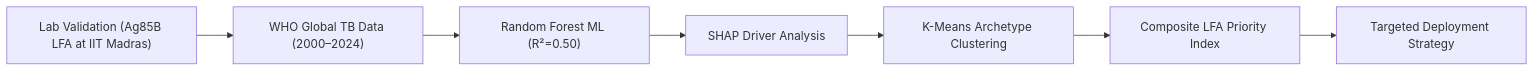
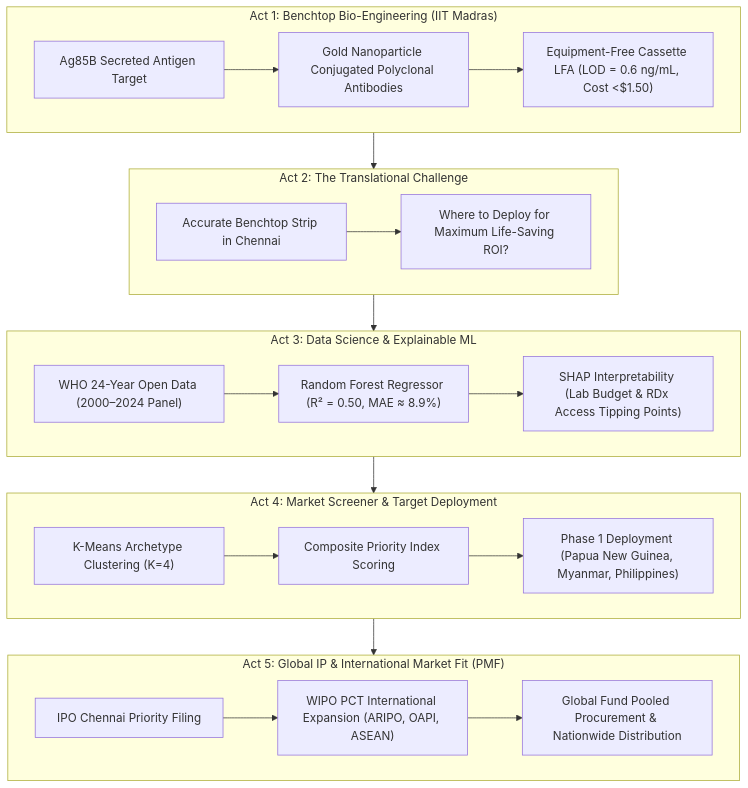
One commit to Mathedu-pandian/tb-diagnostic-gap-analysis changed the diagram in README.md. Above: the diagram before and after it, drawn with Mermaid. The commit also changed other lines of this file, not shown here.

Commit message:
docs: expand README.md with comprehensive Problem Statement and 5-Act Translational Follow-Up Story

````diff
--- a/README.md
+++ b/README.md
@@ -33,9 +44,31 @@
 ```mermaid
-graph LR
-    A["Lab Validation (Ag85B LFA at IIT Madras)"] --> B["WHO Global TB Data (2000–2024)"]
-    B --> C["Random Forest ML (R²=0.50)"]
-    C --> D["SHAP Driver Analysis"]
-    D --> E["K-Means Archetype Clustering"]
-    E --> F["Composite LFA Priority Index"]
-    F --> G["Targeted Deployment Strategy"]
+graph TD
+    subgraph Act1["Act 1: Benchtop Bio-Engineering (IIT Madras)"]
+        A1["Ag85B Secreted Antigen Target"] --> A2["Gold Nanoparticle Conjugated Polyclonal Antibodies"]
+        A2 --> A3["Equipment-Free Cassette LFA (LOD = 0.6 ng/mL, Cost <$1.50)"]
+    end
+
+    subgraph Act2["Act 2: The Translational Challenge"]
+        B1["Accurate Benchtop Strip in Chennai"] --> B2["Where to Deploy for Maximum Life-Saving ROI?"]
+    end
+
+    subgraph Act3["Act 3: Data Science & Explainable ML"]
+        C1["WHO 24-Year Open Data (2000–2024 Panel)"] --> C2["Random Forest Regressor (R² = 0.50, MAE ≈ 8.9%)"]
+        C2 --> C3["SHAP Interpretability (Lab Budget & RDx Access Tipping Points)"]
+    end
+
+    subgraph Act4["Act 4: Market Screener & Target Deployment"]
+        D1["K-Means Archetype Clustering (K=4)"] --> D2["Composite Priority Index Scoring"]
+        D2 --> D3["Phase 1 Deployment (Papua New Guinea, Myanmar, Philippines)"]
+    end
+
+    subgraph Act5["Act 5: Global IP & International Market Fit (PMF)"]
+        E1["IPO Chennai Priority Filing"] --> E2["WIPO PCT International Expansion (ARIPO, OAPI, ASEAN)"]
+        E2 --> E3["Global Fund Pooled Procurement & Nationwide Distribution"]
+    end
+
+    Act1 --> Act2
+    Act2 --> Act3
+    Act3 --> Act4
+    Act4 --> Act5
 ```
````
